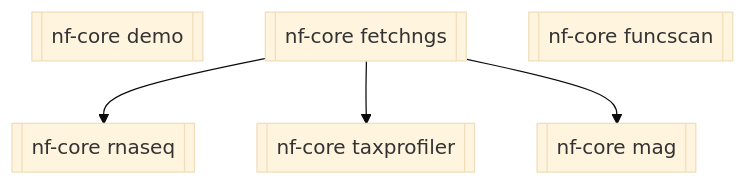
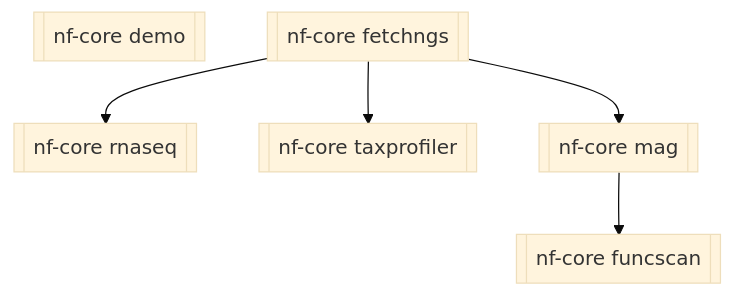
Before and after one commit to mahesh-panchal/nf-cascade: the diagram in README.md, drawn with Mermaid (base theme). The commit also changed 3 other files, not shown here.

````diff
--- a/README.md
+++ b/README.md
@@ -7,8 +7,8 @@
 ```mermaid
 graph TD
     demo[[nf-core demo]]
     fetchngs[[nf-core fetchngs]] --> rnaseq[[nf-core rnaseq]]
     fetchngs --> taxprofiler[[nf-core taxprofiler]]
     fetchngs --> mag[[nf-core mag]]
-    funcscan[[nf-core funcscan]]
+    mag --> funcscan[[nf-core funcscan]]
 ```
````
